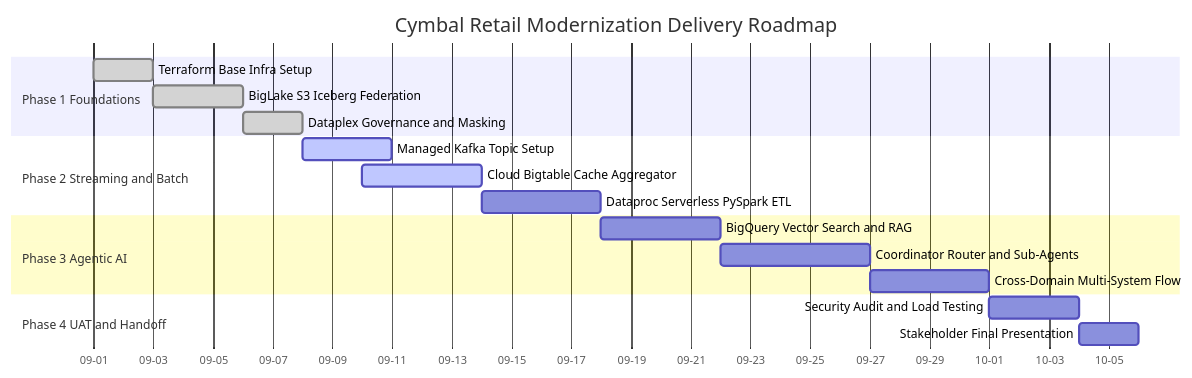
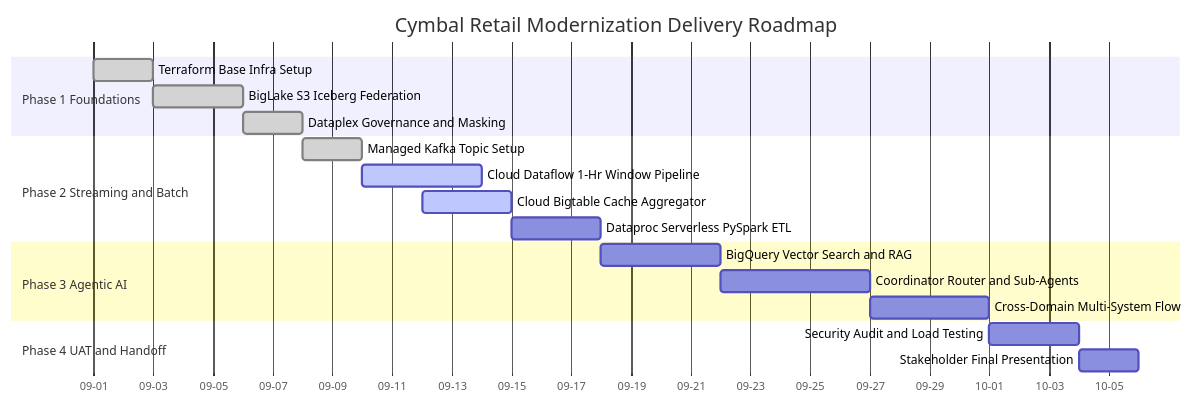
One commit to epapayu/da-advanced-elevate changed diagram 15 of 16 in README.md. Above: the diagram before and after it, drawn with Mermaid. The commit also changed other lines of this file and 1 other file, not shown here.

Commit message:
feat(streaming): incorporate Cloud Dataflow for stateful 1-hour window aggregations, watermarking, and Bigtable caching

````diff
--- a/README.md
+++ b/README.md
@@ -1264,21 +1344,22 @@
 ```mermaid
 gantt
     title Cymbal Retail Modernization Delivery Roadmap
     dateFormat YYYY-MM-DD
     axisFormat %m-%d
     section Phase 1 Foundations
     Terraform Base Infra Setup        :done, p1, 2026-09-01, 2d
     BigLake S3 Iceberg Federation     :done, p2, 2026-09-03, 3d
     Dataplex Governance and Masking   :done, p3, 2026-09-06, 2d
     section Phase 2 Streaming and Batch
-    Managed Kafka Topic Setup         :active, p4, 2026-09-08, 3d
-    Cloud Bigtable Cache Aggregator   :active, p5, 2026-09-10, 4d
-    Dataproc Serverless PySpark ETL   :p6, 2026-09-14, 4d
+    Managed Kafka Topic Setup         :done, p4, 2026-09-08, 2d
+    Cloud Dataflow 1-Hr Window Pipeline:active, p5, 2026-09-10, 4d
+    Cloud Bigtable Cache Aggregator   :active, p6, 2026-09-12, 3d
+    Dataproc Serverless PySpark ETL   :p7, 2026-09-15, 3d
     section Phase 3 Agentic AI
     BigQuery Vector Search and RAG    :p7, 2026-09-18, 4d
     Coordinator Router and Sub-Agents :p8, 2026-09-22, 5d
     Cross-Domain Multi-System Flow    :p9, 2026-09-27, 4d
     section Phase 4 UAT and Handoff
     Security Audit and Load Testing   :p10, 2026-10-01, 3d
     Stakeholder Final Presentation    :p11, 2026-10-04, 2d
 ```
````
